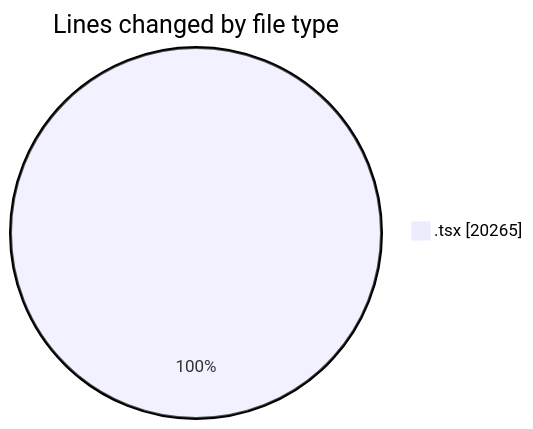
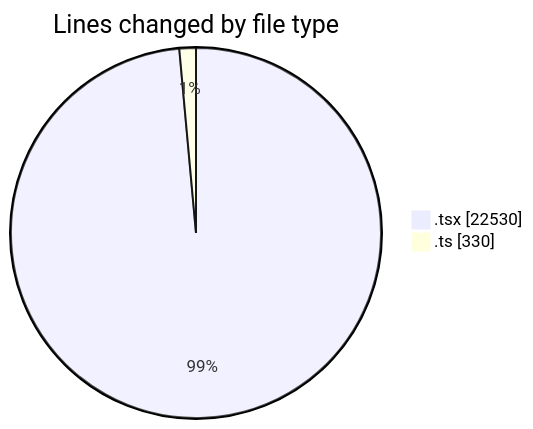
One commit to nxtqubesakshisongat/code-tracking changed the first of 2 diagrams in 2026-08-23/nxtqube_webapp/README.md. Above: the diagram before and after it, drawn with Mermaid. The commit also changed other lines of this file and 1 other file, not shown here.

````diff
--- a/2026-08-23/nxtqube_webapp/README.md
+++ b/2026-08-23/nxtqube_webapp/README.md
@@ -54,5 +61,6 @@
 ```mermaid
 pie showData
 title Lines changed by file type
-".tsx" : 20265
+".tsx" : 22530
+".ts" : 330
 ```
````
